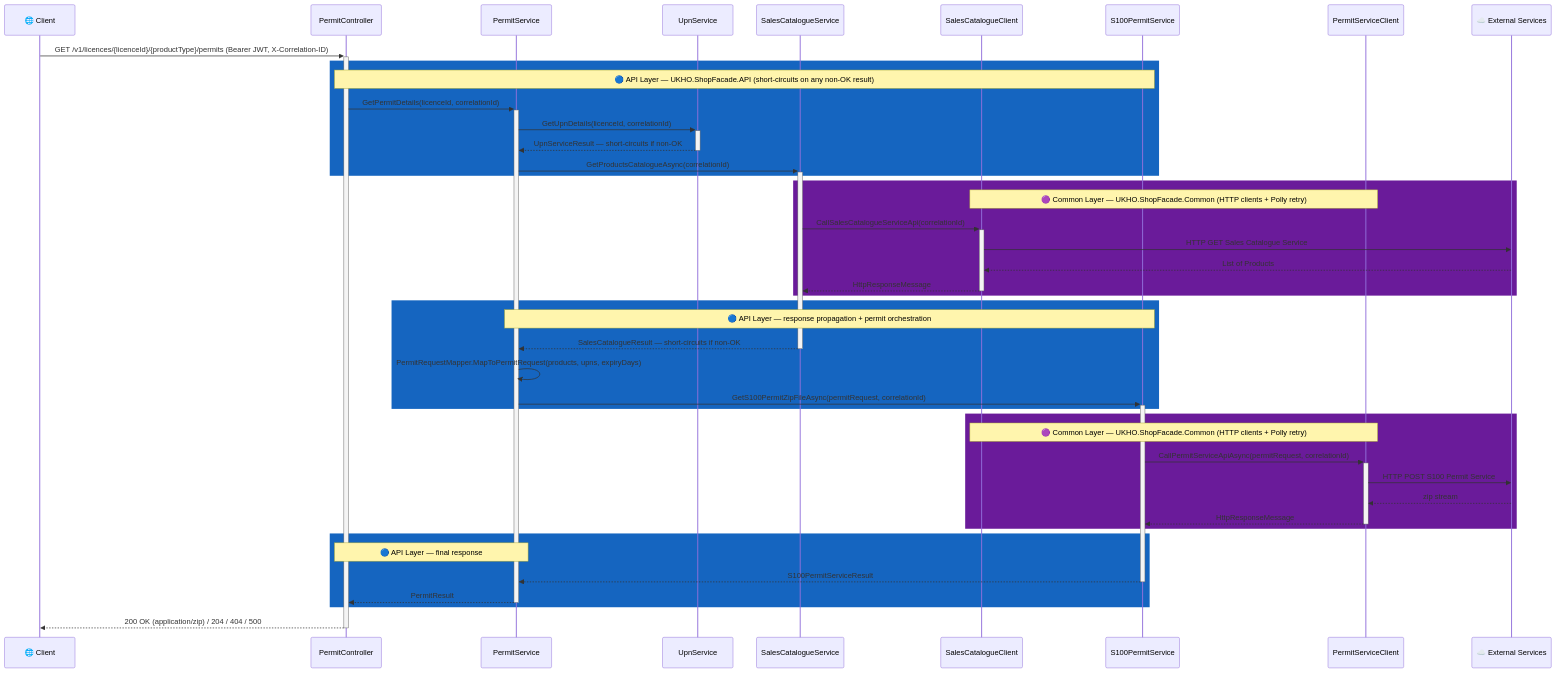
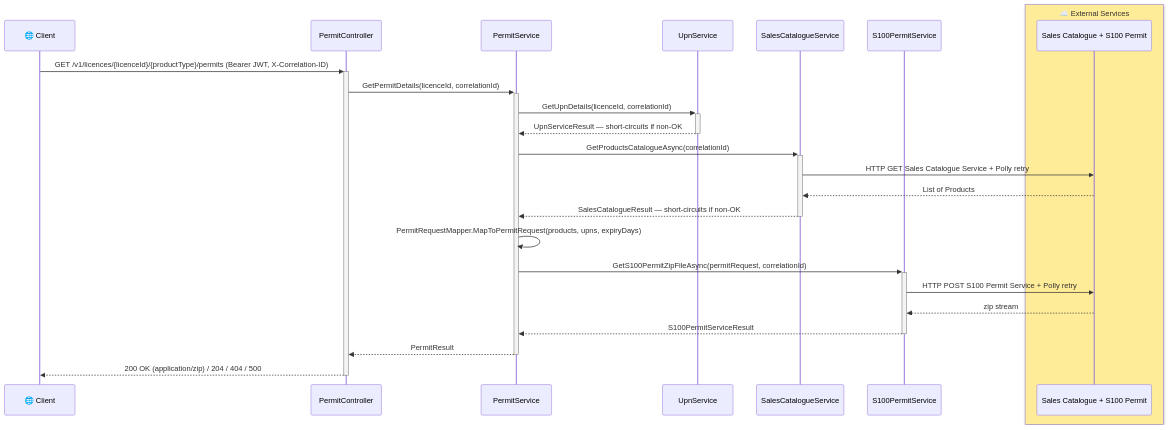
One commit to UKHO/Shop-Facade changed the third of 6 diagrams in .github/copilot-instructions.md. Above: the diagram before and after it, drawn with Mermaid. The commit also changed other lines of this file, not shown here.

Commit message:
Update Mermaid diagrams to use 'box' for external services
Replaced 'rect' and 'note' blocks with Mermaid 'box' syntax in UPN and Permit endpoint sequence diagrams in copilot-instructions.md. External dependencies are now visually grouped, and internal layer notes were removed for clarity and consistency. No changes to logical flow.

````diff
--- a/.github/copilot-instructions.md
+++ b/.github/copilot-instructions.md
@@ -109,53 +98,28 @@
 ```mermaid
 sequenceDiagram
     participant C as 🌐 Client
     participant PC as PermitController
     participant PS as PermitService
     participant US as UpnService
     participant SCS as SalesCatalogueService
-    participant SCC as SalesCatalogueClient
     participant S100 as S100PermitService
-    participant PSC as PermitServiceClient
-    participant Ext as ☁️ External Services
+    box rgb(255, 236, 153) ☁️ External Services
+        participant Ext as Sales Catalogue + S100 Permit
+    end
 
     C->>+PC: GET /v1/licences/{licenceId}/{productType}/permits (Bearer JWT, X-Correlation-ID)
-
-    rect rgb(21, 101, 192)
-        note over PC,S100: 🔵 API Layer — UKHO.ShopFacade.API (short-circuits on any non-OK result)
-        PC->>+PS: GetPermitDetails(licenceId, correlationId)
-        PS->>+US: GetUpnDetails(licenceId, correlationId)
-        US-->>-PS: UpnServiceResult — short-circuits if non-OK
-        PS->>+SCS: GetProductsCatalogueAsync(correlationId)
-    end
-
-    rect rgb(106, 27, 154)
-        note over SCC,PSC: 🟣 Common Layer — UKHO.ShopFacade.Common (HTTP clients + Polly retry)
-        SCS->>+SCC: CallSalesCatalogueServiceApi(correlationId)
-        SCC->>Ext: HTTP GET Sales Catalogue Service
-        Ext-->>SCC: List of Products
-        SCC-->>-SCS: HttpResponseMessage
-    end
-
-    rect rgb(21, 101, 192)
-        note over PS,S100: 🔵 API Layer — response propagation + permit orchestration
-        SCS-->>-PS: SalesCatalogueResult — short-circuits if non-OK
-        PS->>PS: PermitRequestMapper.MapToPermitRequest(products, upns, expiryDays)
-        PS->>+S100: GetS100PermitZipFileAsync(permitRequest, correlationId)
-    end
-
-    rect rgb(106, 27, 154)
-        note over SCC,PSC: 🟣 Common Layer — UKHO.ShopFacade.Common (HTTP clients + Polly retry)
-        S100->>+PSC: CallPermitServiceApiAsync(permitRequest, correlationId)
-        PSC->>Ext: HTTP POST S100 Permit Service
-        Ext-->>PSC: zip stream
-        PSC-->>-S100: HttpResponseMessage
-    end
-
-    rect rgb(21, 101, 192)
-        note over PS,PC: 🔵 API Layer — final response
-        S100-->>-PS: S100PermitServiceResult
-        PS-->>-PC: PermitResult
-    end
-
+    PC->>+PS: GetPermitDetails(licenceId, correlationId)
+    PS->>+US: GetUpnDetails(licenceId, correlationId)
+    US-->>-PS: UpnServiceResult — short-circuits if non-OK
+    PS->>+SCS: GetProductsCatalogueAsync(correlationId)
+    SCS->>Ext: HTTP GET Sales Catalogue Service + Polly retry
+    Ext-->>SCS: List of Products
+    SCS-->>-PS: SalesCatalogueResult — short-circuits if non-OK
+    PS->>PS: PermitRequestMapper.MapToPermitRequest(products, upns, expiryDays)
+    PS->>+S100: GetS100PermitZipFileAsync(permitRequest, correlationId)
+    S100->>Ext: HTTP POST S100 Permit Service + Polly retry
+    Ext-->>S100: zip stream
+    S100-->>-PS: S100PermitServiceResult
+    PS-->>-PC: PermitResult
     PC-->>-C: 200 OK (application/zip) / 204 / 404 / 500
 ```
````
